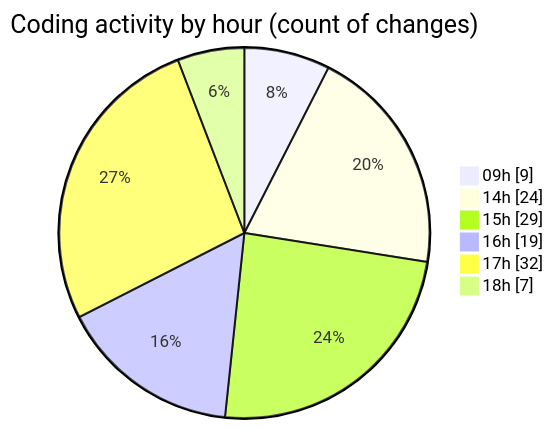
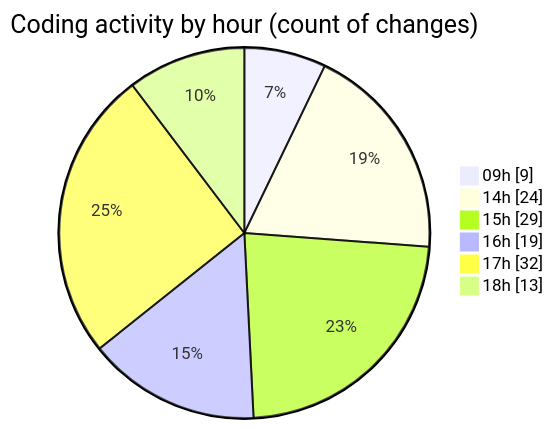
The second of 2 diagrams in 2025-11-25/eventscop-frontend-guide__workspace_/README.md (julien-gomy/code-tracking), drawn with Mermaid before and after one commit. The commit also changed other lines of this file and 1 other file, not shown here.

````diff
--- a/2025-11-25/eventscop-frontend-guide__workspace_/README.md
+++ b/2025-11-25/eventscop-frontend-guide__workspace_/README.md
@@ -48,10 +51,10 @@
 ```mermaid
 pie showData
 title Coding activity by hour (count of changes)
 "09h" : 9
 "14h" : 24
 "15h" : 29
 "16h" : 19
 "17h" : 32
-"18h" : 7
+"18h" : 13
 ```
````
